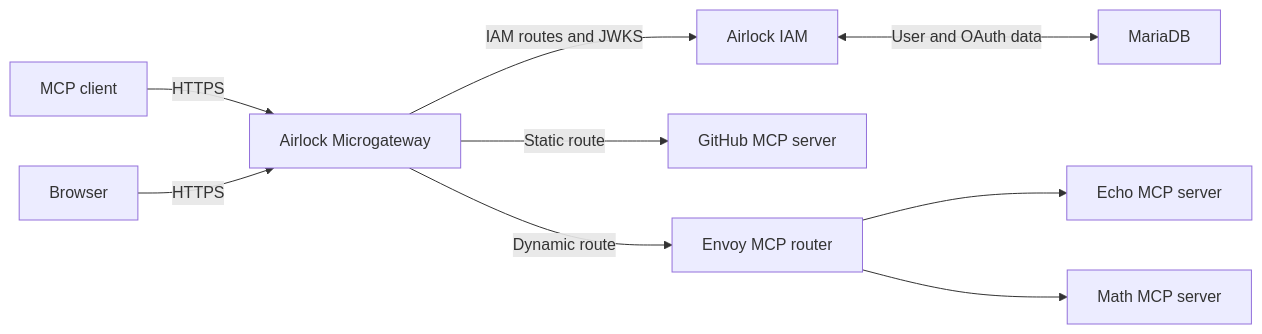
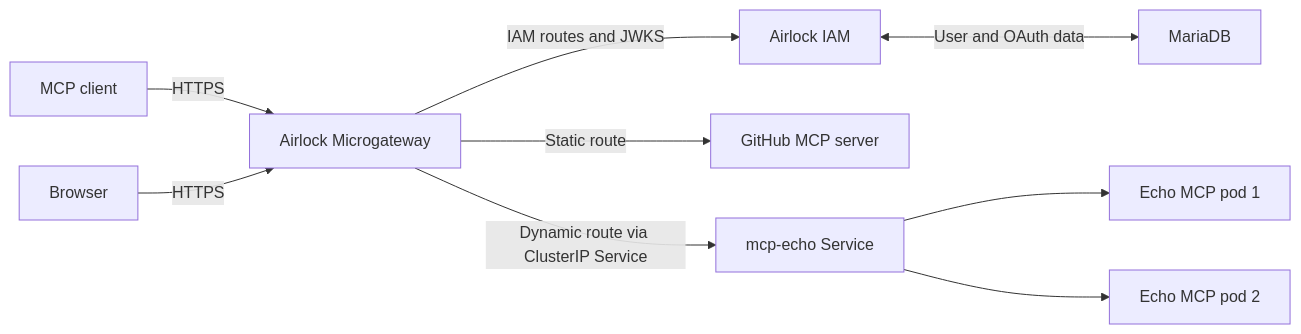
One commit to airlock-presales/microgateway-running-example-WIP changed the first of 2 diagrams in scenarios/README-mcp.md. Above: the diagram before and after it, drawn with Mermaid. The commit also changed other lines of this file and 8 other files, not shown here.

Commit message:
refactor(mcp): replace Envoy aggregation with replicated echo routing

````diff
--- a/scenarios/README-mcp.md
+++ b/scenarios/README-mcp.md
@@ -17,11 +17,11 @@
 ```mermaid
 flowchart LR
     C[MCP client] -->|HTTPS| G[Airlock Microgateway]
     B[Browser] -->|HTTPS| G
     G -->|IAM routes and JWKS| I[Airlock IAM]
     I <-->|User and OAuth data| D[MariaDB]
     G -->|Static route| H[GitHub MCP server]
-    G -->|Dynamic route| R[Envoy MCP router]
-    R --> E[Echo MCP server]
-    R --> M[Math MCP server]
+    G -->|Dynamic route via ClusterIP Service| E[mcp-echo Service]
+    E --> P1[Echo MCP pod 1]
+    E --> P2[Echo MCP pod 2]
 ```
````
